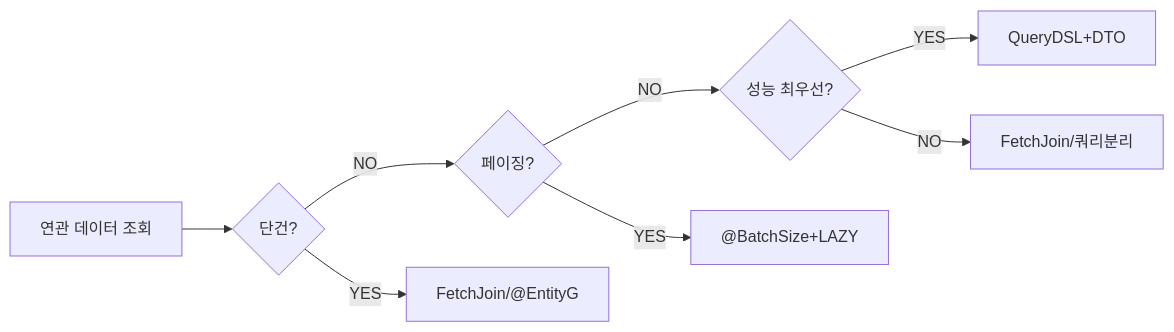
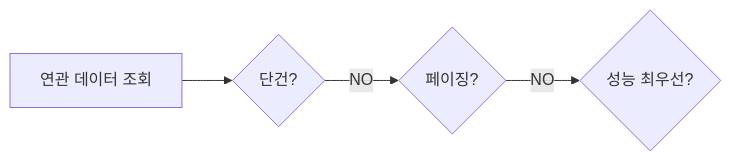
One commit to yjkim2015/yjkim2015.github.io changed the sixth of 6 diagrams in _posts/jpa/2026-05-01-jpa-n-plus-1.md. Above: the diagram before and after it, drawn with Mermaid. The commit also changed other lines of this file and 132 other files, not shown here.

First line of the commit message:
Mermaid 다이어그램 가독성 정리: 단순 제거, 노드 축소, TD→LR 변환

````diff
--- a/_posts/jpa/2026-05-01-jpa-n-plus-1.md
+++ b/_posts/jpa/2026-05-01-jpa-n-plus-1.md
@@ -636,14 +632,10 @@
 ```mermaid
 graph LR
     S["연관 데이터 조회"]
     Q1{"단건?"}
     Q2{"페이징?"}
     Q3{"성능 최우선?"}
     S --> Q1
-    Q1 -->|YES| A1["FetchJoin/@EntityG"]
     Q1 -->|NO| Q2
-    Q2 -->|YES| A2["@BatchSize+LAZY"]
     Q2 -->|NO| Q3
-    Q3 -->|YES| A3["QueryDSL+DTO"]
-    Q3 -->|NO| A4["FetchJoin/쿼리분리"]
 ```
````
